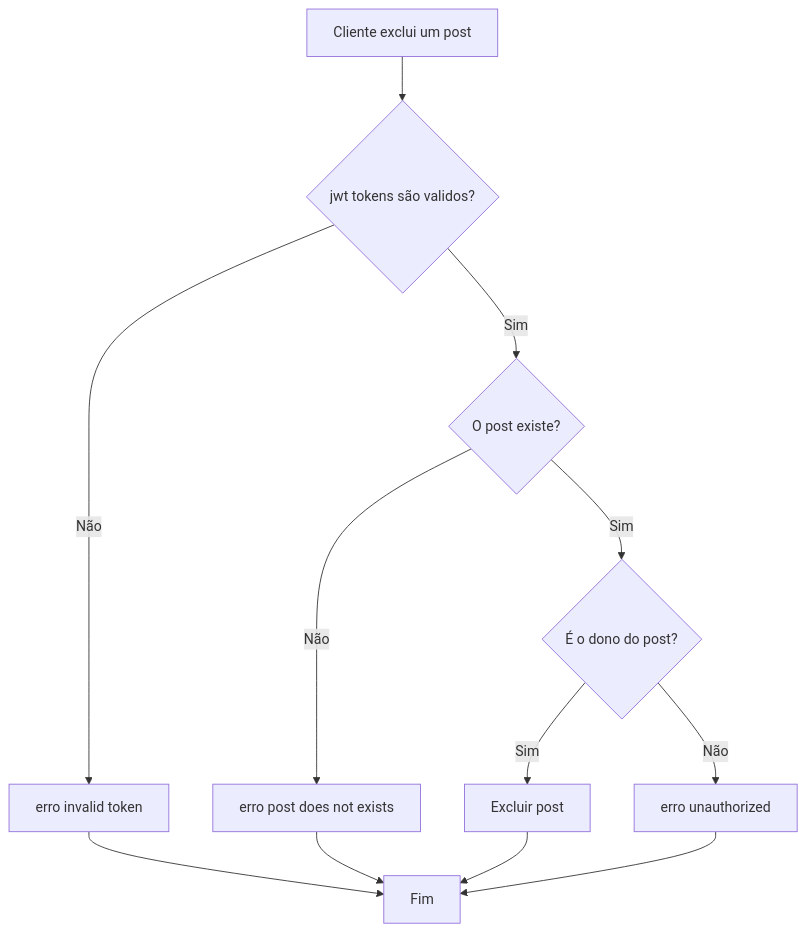
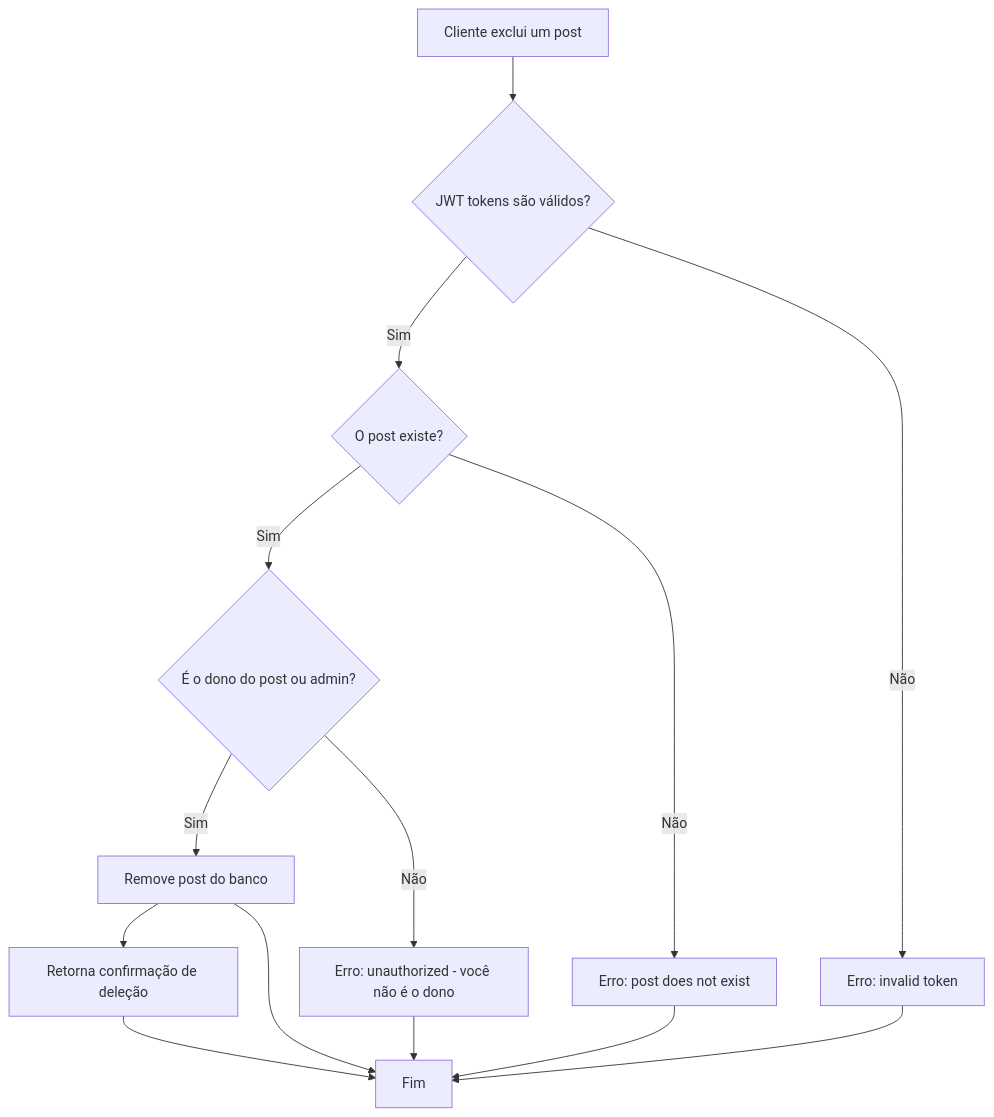
One commit to GabrHenr/BackEnd-TechPostSystem changed the ninth of 9 diagrams in readme.md. Above: the diagram before and after it, drawn with Mermaid. The commit also changed other lines of this file and 6 other files, not shown here.

````diff
--- a/readme.md
+++ b/readme.md
@@ -231,14 +355,16 @@
 ```mermaid
 flowchart TD
-    A[Cliente exclui um post] --> B{jwt tokens são validos?}
+    A[Cliente exclui um post] --> B{JWT tokens são válidos?}
     B -->|Sim| C{O post existe?}
-    B -->|Não| D[erro invalid token]
-    C -->|Sim| E{É o dono do post?}
-    C -->|Não| F[erro post does not exists]
-    E -->|Sim| H[Excluir post]
-    E -->|Não| I[erro unauthorized]
+    B -->|Não| D[Erro: invalid token]
+    C -->|Sim| E{É o dono do post ou admin?}
+    C -->|Não| F[Erro: post does not exist]
+    E -->|Sim| H[Remove post do banco]
+    E -->|Não| I[Erro: unauthorized - você não é o dono]
+    H --> J[Retorna confirmação de deleção]
     D --> G[Fim]
     F --> G
     H --> G
     I --> G
+    J --> G
 ```
````
